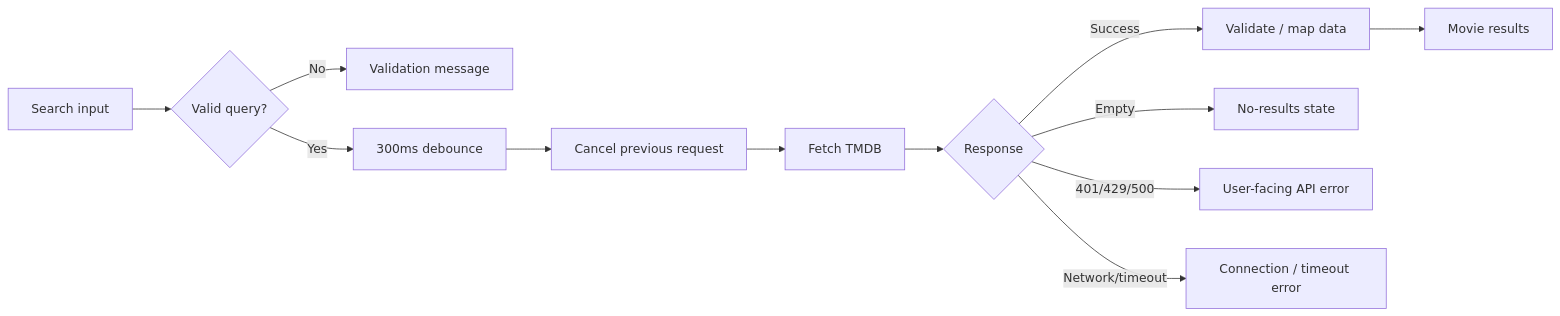
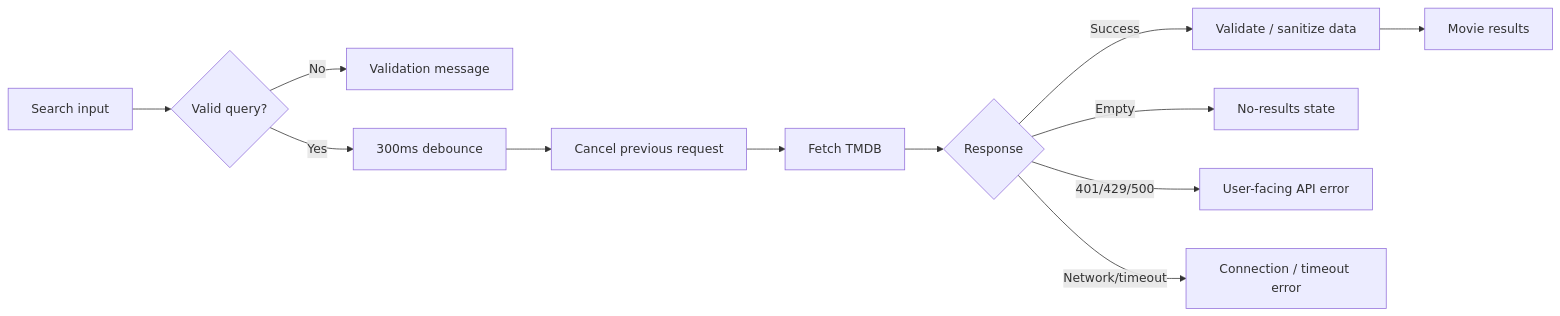
Before and after one commit to Jaydeep2009/Entrata-AI-Coding-Challenge: the second of 3 diagrams in README.md, drawn with Mermaid. The commit also changed other lines of this file, not shown here.

````diff
--- a/README.md
+++ b/README.md
@@ -77,14 +77,14 @@
 ```mermaid
 flowchart LR
     A[Search input] --> B{Valid query?}
     B -- No --> C[Validation message]
     B -- Yes --> D[300ms debounce]
     D --> E[Cancel previous request]
     E --> F[Fetch TMDB]
     F --> G{Response}
-    G -- Success --> H[Validate / map data]
+    G -- Success --> H[Validate / sanitize data]
     H --> I[Movie results]
     G -- Empty --> J[No-results state]
     G -- 401/429/500 --> K[User-facing API error]
     G -- Network/timeout --> L[Connection / timeout error]
 ```
````
